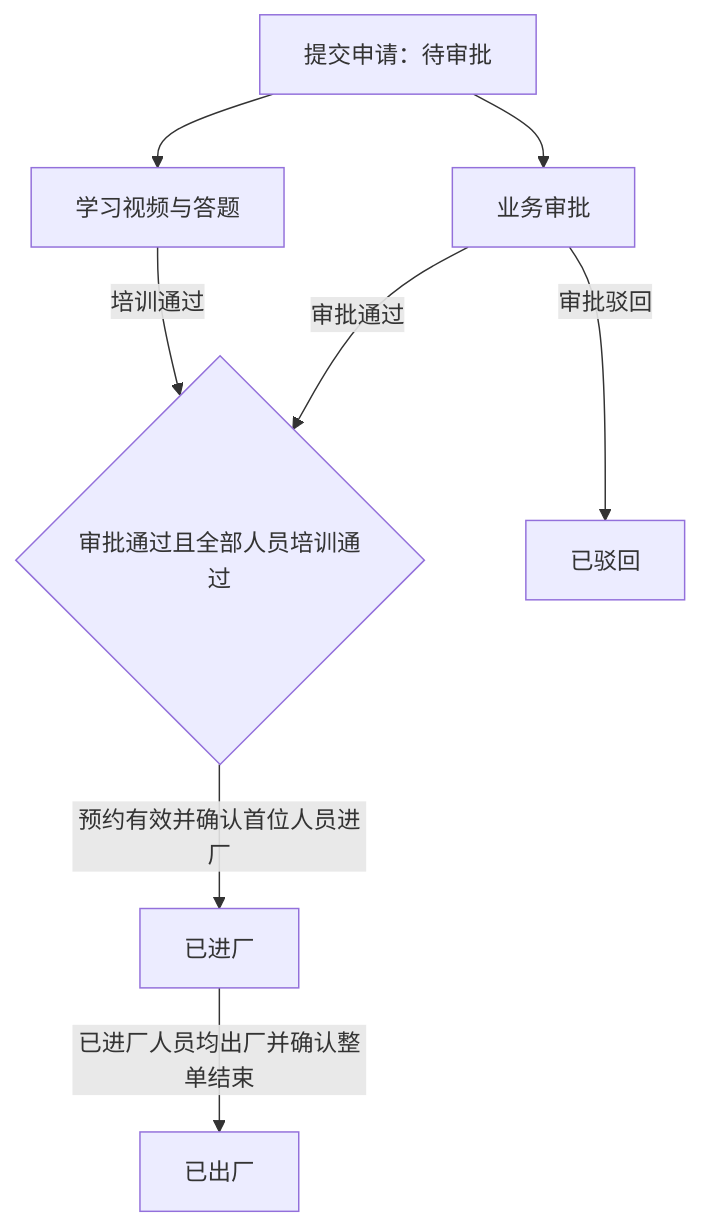
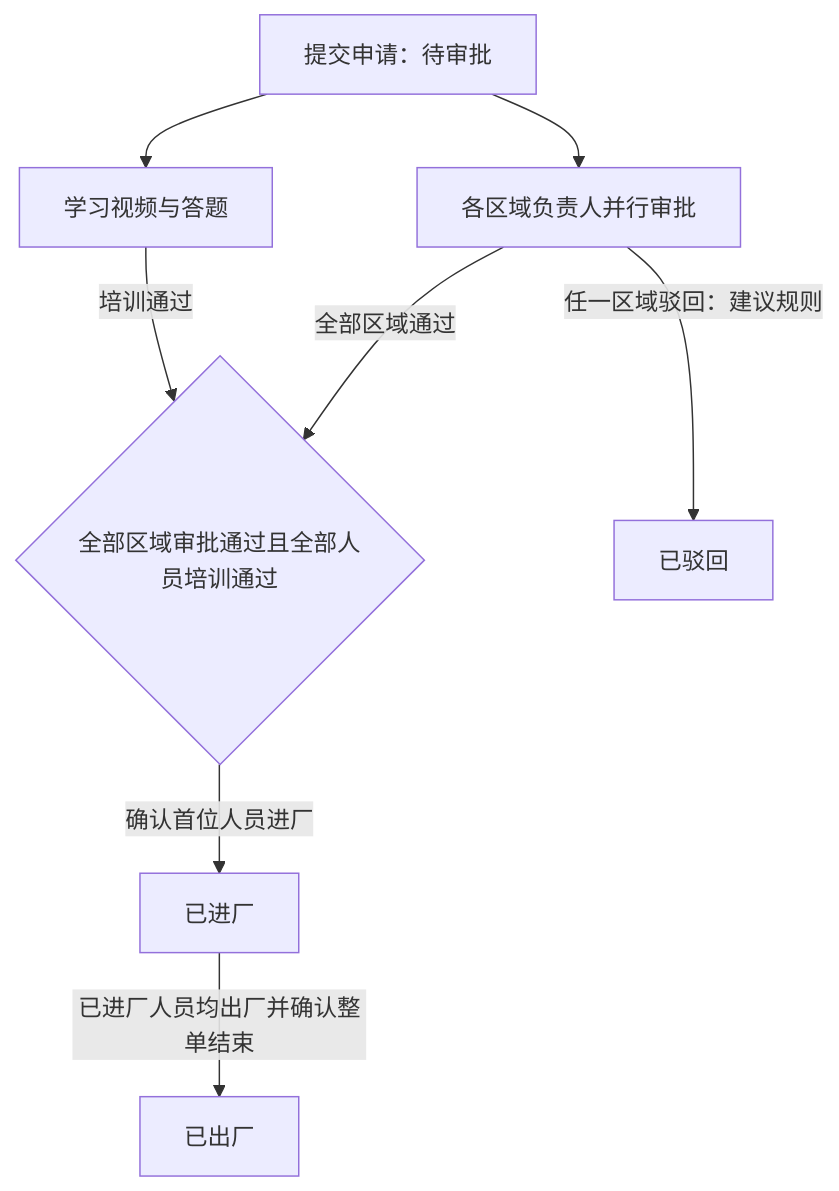
Before and after one commit to neozhu/visit-traning-client: the first of 2 diagrams in doc/VisitSafe-Backend-SPEC.md, drawn with Mermaid. The commit also changed other lines of this file, not shown here.

````diff
--- a/doc/VisitSafe-Backend-SPEC.md
+++ b/doc/VisitSafe-Backend-SPEC.md
@@ -149,10 +149,10 @@
 ```mermaid
 flowchart TB
-    Submitted[提交申请：待审批] --> Review[业务审批]
+    Submitted[提交申请：待审批] --> Review[各区域负责人并行审批]
     Submitted --> Training[学习视频与答题]
-    Review -->|审批通过| Gate{审批通过且全部人员培训通过}
+    Review -->|全部区域通过| Gate{全部区域审批通过且全部人员培训通过}
     Training -->|培训通过| Gate
-    Review -->|审批驳回| Rejected[已驳回]
-    Gate -->|预约有效并确认首位人员进厂| CheckedIn[已进厂]
+    Review -->|任一区域驳回：建议规则| Rejected[已驳回]
+    Gate -->|确认首位人员进厂| CheckedIn[已进厂]
     CheckedIn -->|已进厂人员均出厂并确认整单结束| CheckedOut[已出厂]
 ```
````
